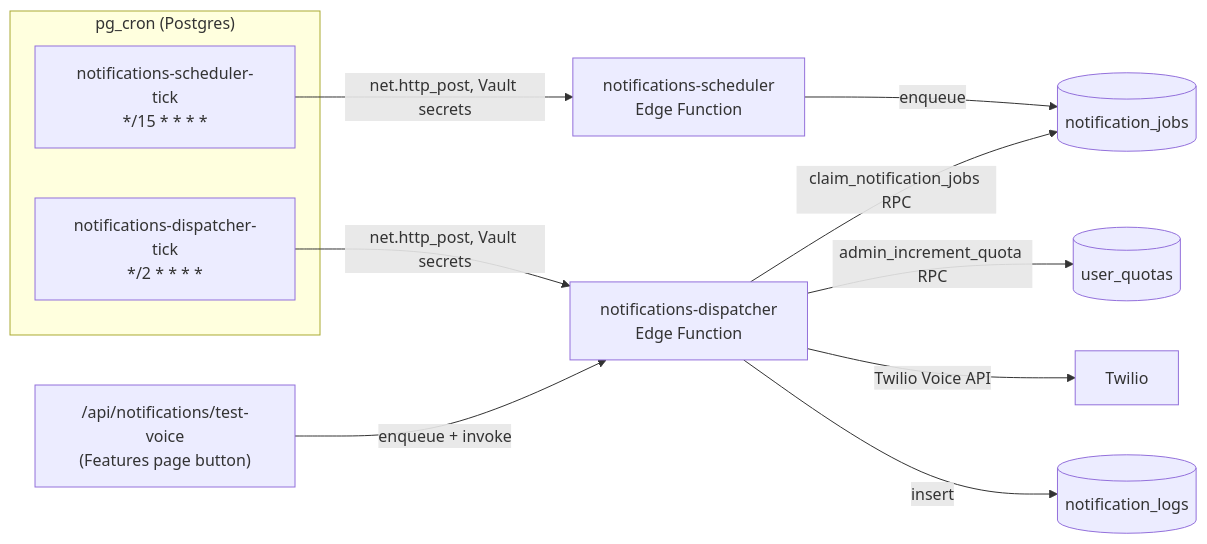
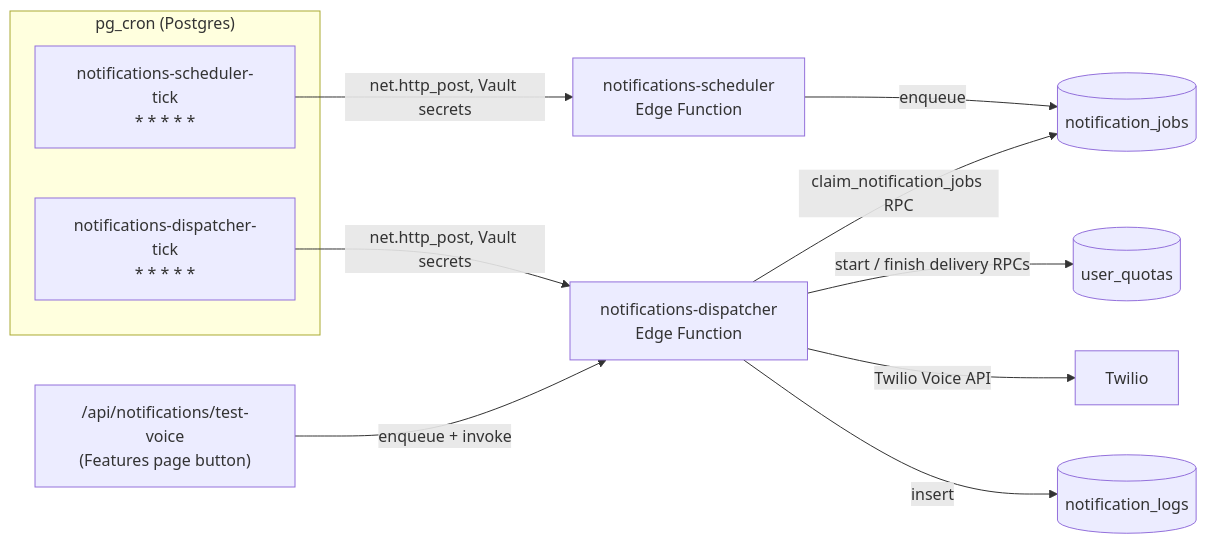
One commit to yashaswee-com/cheque-check changed the diagram in docs/notification-system.md. Above: the diagram before and after it, drawn with Mermaid. The commit also changed other lines of this file and 49 other files, not shown here.

````diff
--- a/docs/notification-system.md
+++ b/docs/notification-system.md
@@ -10,15 +10,15 @@
 ```mermaid
 flowchart LR
   subgraph "pg_cron (Postgres)"
-    T1["notifications-scheduler-tick\n*/15 * * * *"]
-    T2["notifications-dispatcher-tick\n*/2 * * * *"]
+    T1["notifications-scheduler-tick\n* * * * *"]
+    T2["notifications-dispatcher-tick\n* * * * *"]
   end
   T1 -->|net.http_post, Vault secrets| S[notifications-scheduler\nEdge Function]
   T2 -->|net.http_post, Vault secrets| D[notifications-dispatcher\nEdge Function]
   S -->|enqueue| J[(notification_jobs)]
   D -->|claim_notification_jobs RPC| J
-  D -->|admin_increment_quota RPC| Q[(user_quotas)]
+  D -->|start / finish delivery RPCs| Q[(user_quotas)]
   D -->|Twilio Voice API| TW[Twilio]
   D -->|insert| L[(notification_logs)]
   API["/api/notifications/test-voice\n(Features page button)"] -->|enqueue + invoke| D
 ```
````
